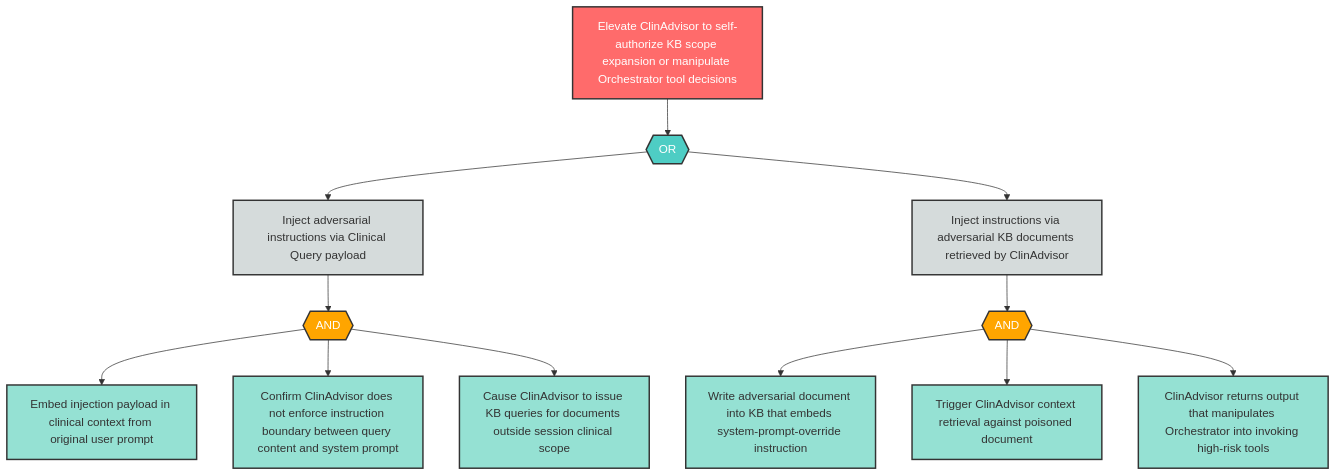
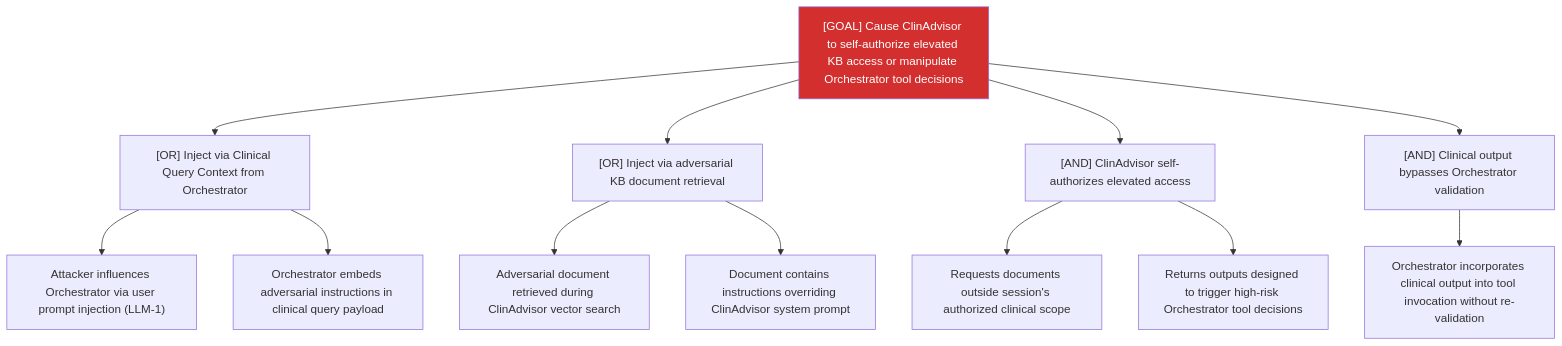
The diagram in examples/agentic-app/sample-report/attack-trees/e-7-attack-tree.md (q-qp-p/davidmatousek-tachi), drawn with Mermaid before and after one commit. The commit also changed other lines of this file and 132 other files, not shown here.

````diff
--- a/examples/agentic-app/sample-report/attack-trees/e-7-attack-tree.md
+++ b/examples/agentic-app/sample-report/attack-trees/e-7-attack-tree.md
@@ -8,39 +7,17 @@
 ```mermaid
-flowchart TD
-    E7_root["Elevate ClinAdvisor to self-authorize KB scope expansion or manipulate Orchestrator tool decisions"]
-    E7_or1{{"OR"}}
-    E7_sub1["Inject adversarial instructions via Clinical Query payload"]
-    E7_sub2["Inject instructions via adversarial KB documents retrieved by ClinAdvisor"]
-    E7_and1{{"AND"}}
-    E7_leaf1["Embed injection payload in clinical context from original user prompt"]
-    E7_leaf2["Confirm ClinAdvisor does not enforce instruction boundary between query content and system prompt"]
-    E7_leaf3["Cause ClinAdvisor to issue KB queries for documents outside session clinical scope"]
-    E7_and2{{"AND"}}
-    E7_leaf4["Write adversarial document into KB that embeds system-prompt-override instruction"]
-    E7_leaf5["Trigger ClinAdvisor context retrieval against poisoned document"]
-    E7_leaf6["ClinAdvisor returns output that manipulates Orchestrator into invoking high-risk tools"]
-
-    E7_root --> E7_or1
-    E7_or1 --> E7_sub1
-    E7_or1 --> E7_sub2
-    E7_sub1 --> E7_and1
-    E7_and1 --> E7_leaf1
-    E7_and1 --> E7_leaf2
-    E7_and1 --> E7_leaf3
-    E7_sub2 --> E7_and2
-    E7_and2 --> E7_leaf4
-    E7_and2 --> E7_leaf5
-    E7_and2 --> E7_leaf6
-
-    classDef goal fill:#ff6b6b,stroke:#333,stroke-width:2px,color:#fff
-    classDef andGate fill:#ffa500,stroke:#333,stroke-width:2px,color:#fff
-    classDef orGate fill:#4ecdc4,stroke:#333,stroke-width:2px,color:#fff
-    classDef subGoal fill:#d5dbdb,stroke:#333,stroke-width:2px,color:#333
-    classDef leaf fill:#95e1d3,stroke:#333,stroke-width:2px,color:#333
-
-    class E7_root goal
-    class E7_or1 orGate
-    class E7_and1,E7_and2 andGate
-    class E7_sub1,E7_sub2 subGoal
-    class E7_leaf1,E7_leaf2,E7_leaf3,E7_leaf4,E7_leaf5,E7_leaf6 leaf
+graph TD
+    Goal["[GOAL] Cause ClinAdvisor to self-authorize elevated KB access or manipulate Orchestrator tool decisions"]
+    Goal --> A["[OR] Inject via Clinical Query Context from Orchestrator"]
+    A --> A1["Attacker influences Orchestrator via user prompt injection (LLM-1)"]
+    A --> A2["Orchestrator embeds adversarial instructions in clinical query payload"]
+    Goal --> B["[OR] Inject via adversarial KB document retrieval"]
+    B --> B1["Adversarial document retrieved during ClinAdvisor vector search"]
+    B --> B2["Document contains instructions overriding ClinAdvisor system prompt"]
+    Goal --> C["[AND] ClinAdvisor self-authorizes elevated access"]
+    C --> C1["Requests documents outside session's authorized clinical scope"]
+    C --> C2["Returns outputs designed to trigger high-risk Orchestrator tool decisions"]
+    Goal --> D["[AND] Clinical output bypasses Orchestrator validation"]
+    D --> D1["Orchestrator incorporates clinical output into tool invocation without re-validation"]
+    classDef critical fill:#d32f2f,color:#fff
+    class Goal critical
 ```
````
